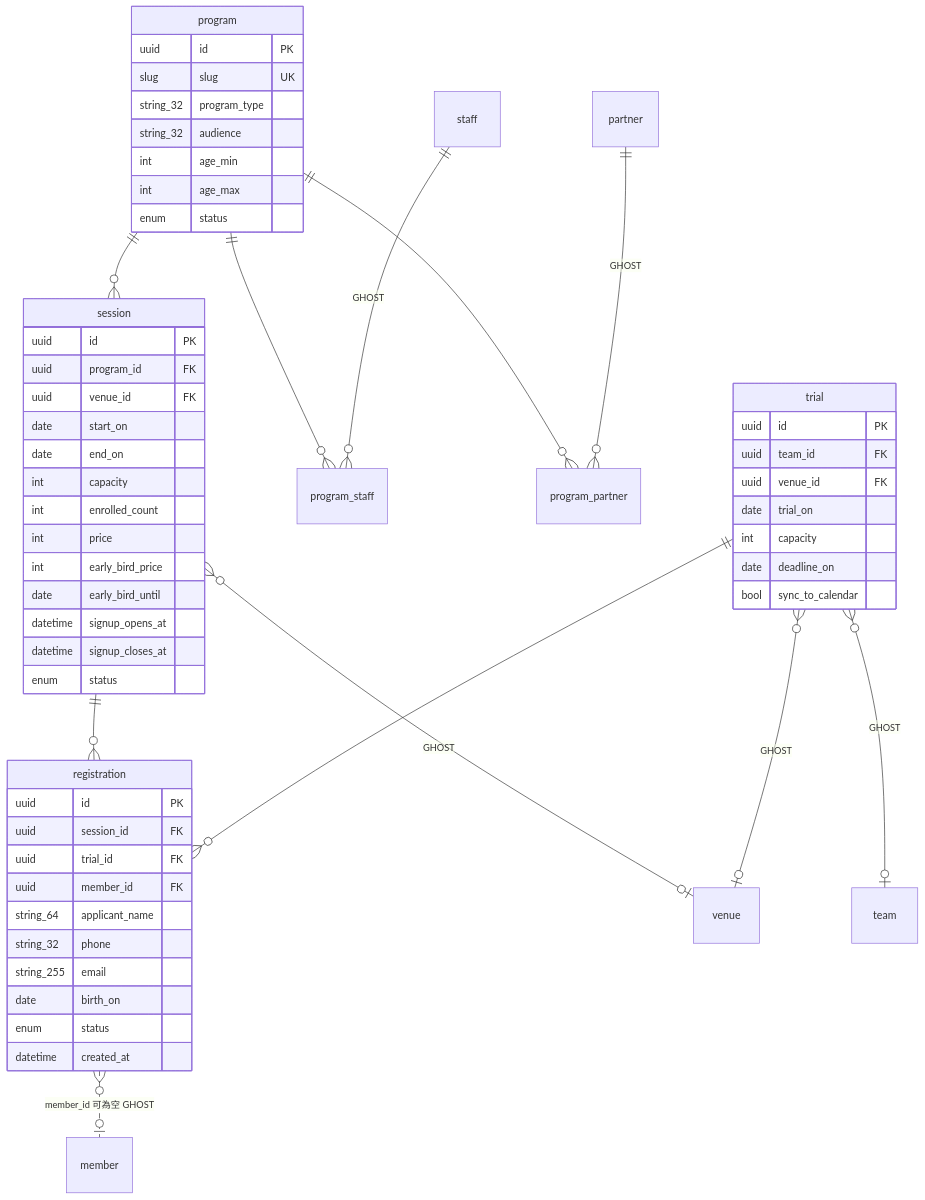
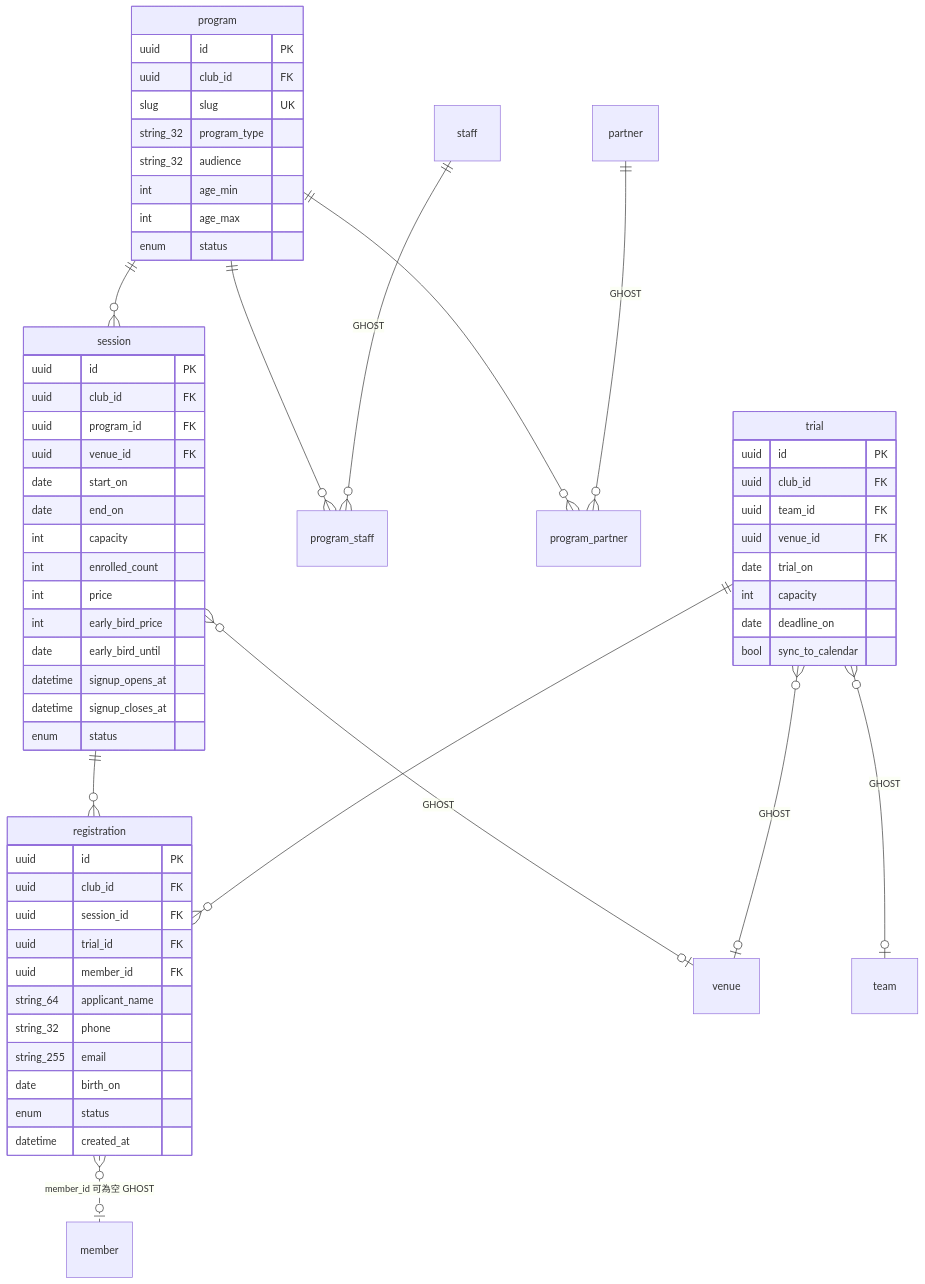
Before and after one commit to waiting0201/tcrfc: the fifth of 15 diagrams in docs/12a-database-erd.md, drawn with Mermaid. The commit also changed other lines of this file and 4 other files, not shown here.

First line of the commit message:
feat: docs/12a ERD 完成 v3.0 同步，13 項落差結案（B-2 收尾）

````diff
--- a/docs/12a-database-erd.md
+++ b/docs/12a-database-erd.md
@@ -302,59 +344,63 @@
 ```mermaid
 erDiagram
   program ||--o{ session : ""
   program ||--o{ program_staff : ""
   program ||--o{ program_partner : ""
   staff ||--o{ program_staff : "GHOST"
   partner ||--o{ program_partner : "GHOST"
   session ||--o{ registration : ""
   session }o--o| venue : "GHOST"
   trial ||--o{ registration : ""
   trial }o--o| venue : "GHOST"
   trial }o--o| team : "GHOST"
   registration }o..o| member : "member_id 可為空 GHOST"
   program {
     uuid id PK
+    uuid club_id FK
     slug slug UK
     string_32 program_type
     string_32 audience
     int age_min
     int age_max
     enum status
   }
   session {
     uuid id PK
+    uuid club_id FK
     uuid program_id FK
     uuid venue_id FK
     date start_on
     date end_on
     int capacity
     int enrolled_count
     int price
     int early_bird_price
     date early_bird_until
     datetime signup_opens_at
     datetime signup_closes_at
     enum status
   }
   registration {
     uuid id PK
+    uuid club_id FK
     uuid session_id FK
     uuid trial_id FK
     uuid member_id FK
     string_64 applicant_name
     string_32 phone
     string_255 email
     date birth_on
     enum status
     datetime created_at
   }
   trial {
     uuid id PK
+    uuid club_id FK
     uuid team_id FK
     uuid venue_id FK
     date trial_on
     int capacity
     date deadline_on
     bool sync_to_calendar
   }
 ```
````
